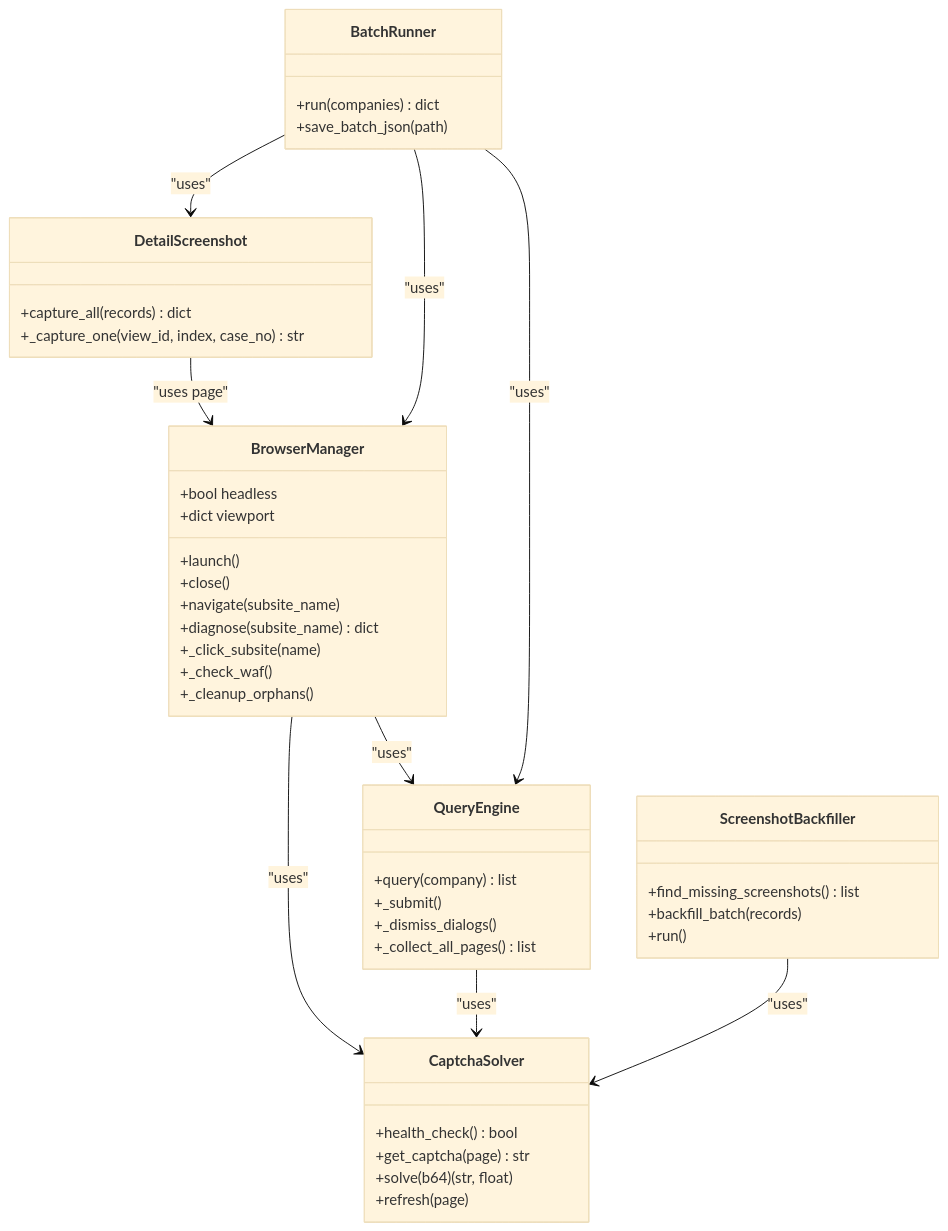
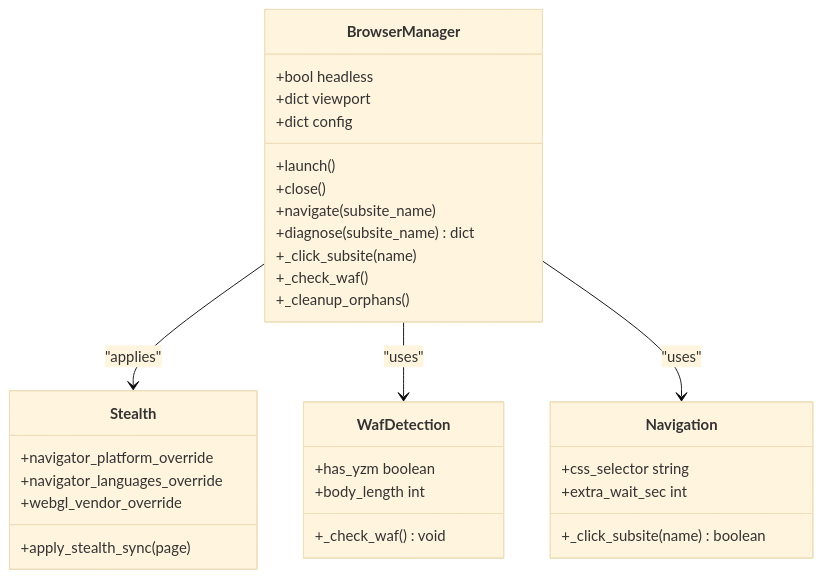
The third of 6 diagrams in .qoder/repowiki/en/content/Core Architecture/Browser Automation System.md (supotato-ipj/zxgk_auto_query-skill), drawn with Mermaid (base theme) before and after one commit. The commit also changed other lines of this file and 24 other files, not shown here.

````diff
--- a/.qoder/repowiki/en/content/Core Architecture/Browser Automation System.md
+++ b/.qoder/repowiki/en/content/Core Architecture/Browser Automation System.md
@@ -151,47 +175,34 @@
 ```mermaid
 classDiagram
 class BrowserManager {
 +bool headless
 +dict viewport
++dict config
 +launch()
 +close()
 +navigate(subsite_name)
 +diagnose(subsite_name) dict
 +_click_subsite(name)
 +_check_waf()
 +_cleanup_orphans()
 }
-class CaptchaSolver {
-+health_check() bool
-+get_captcha(page) str
-+solve(b64) (str, float)
-+refresh(page)
+class Stealth {
++navigator_platform_override
++navigator_languages_override
++webgl_vendor_override
++apply_stealth_sync(page)
 }
-class QueryEngine {
-+query(company) list
-+_submit()
-+_dismiss_dialogs()
-+_collect_all_pages() list
+class WafDetection {
++_check_waf() void
++has_yzm boolean
++body_length int
 }
-class DetailScreenshot {
-+capture_all(records) dict
-+_capture_one(view_id, index, case_no) str
+class Navigation {
++_click_subsite(name) boolean
++css_selector string
++extra_wait_sec int
 }
-class ScreenshotBackfiller {
-+find_missing_screenshots() list
-+backfill_batch(records)
-+run()
-}
-class BatchRunner {
-+run(companies) dict
-+save_batch_json(path)
-}
-BrowserManager --> CaptchaSolver : "uses"
-BrowserManager --> QueryEngine : "uses"
-QueryEngine --> CaptchaSolver : "uses"
-DetailScreenshot --> BrowserManager : "uses page"
-ScreenshotBackfiller --> CaptchaSolver : "uses"
-BatchRunner --> BrowserManager : "uses"
-BatchRunner --> QueryEngine : "uses"
-BatchRunner --> DetailScreenshot : "uses"
+BrowserManager --> Stealth : "applies"
+BrowserManager --> WafDetection : "uses"
+BrowserManager --> Navigation : "uses"
 ```
````
